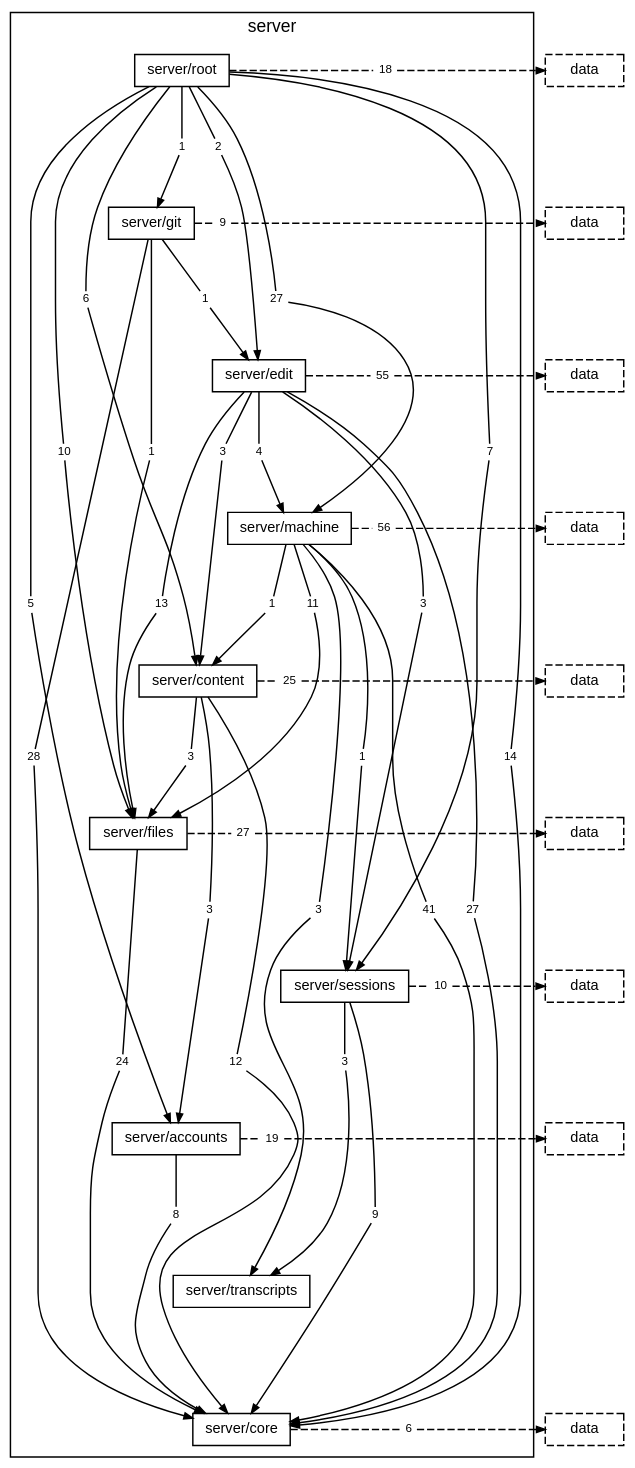
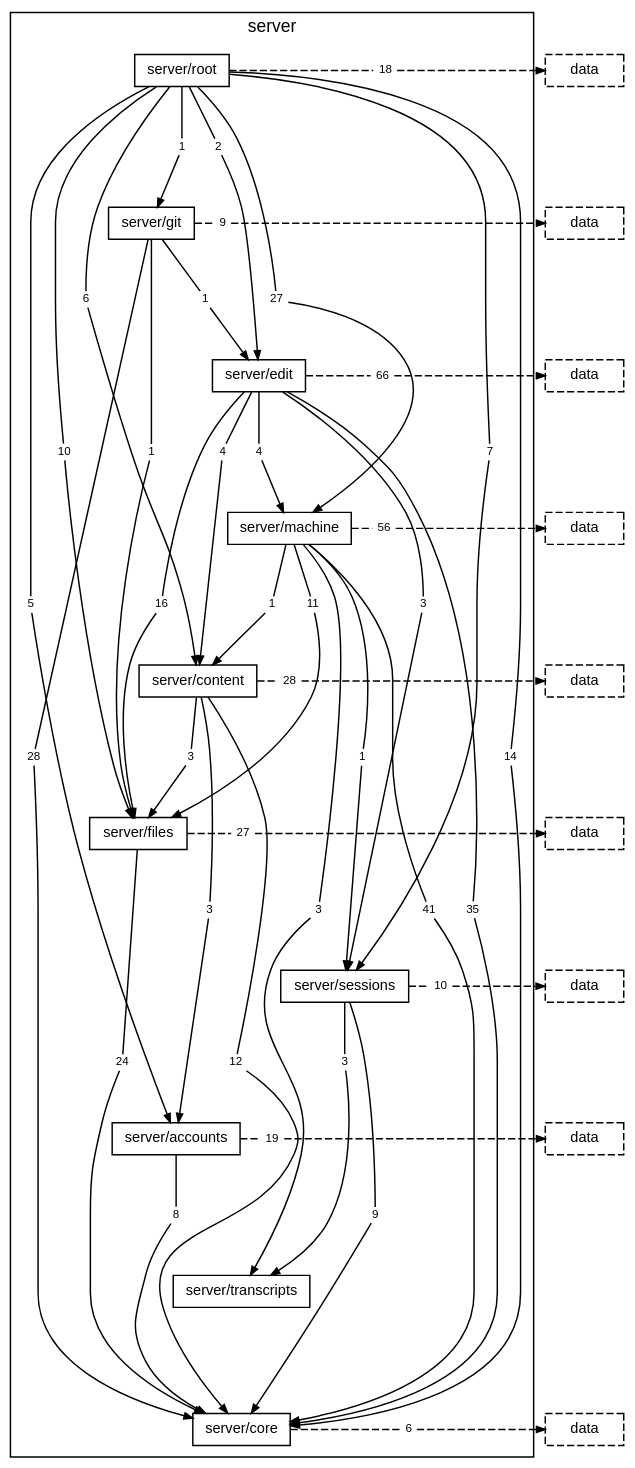
One commit to TheAxeC/oculus changed the diagram in docs/diagrams/layer-server.dot. Above: the diagram before and after it, drawn with Graphviz. The commit also changed 113 other files, not shown here.

```diff
--- a/docs/diagrams/layer-server.dot
+++ b/docs/diagrams/layer-server.dot
@@ -27,12 +27,12 @@
         "folder server/git to folder server/edit" [label="1", shape=box, color="transparent", fontsize=8, width=0, height=0, margin="0.04,0.02"];
         "folder server/git to folder server/files" [label="1", shape=box, color="transparent", fontsize=8, width=0, height=0, margin="0.04,0.02"];
         "folder server/git to layer data" [label="9", shape=box, color="transparent", fontsize=8, width=0, height=0, margin="0.04,0.02"];
-        "folder server/edit to folder server/content" [label="3", shape=box, color="transparent", fontsize=8, width=0, height=0, margin="0.04,0.02"];
-        "folder server/edit to folder server/core" [label="27", shape=box, color="transparent", fontsize=8, width=0, height=0, margin="0.04,0.02"];
-        "folder server/edit to folder server/files" [label="13", shape=box, color="transparent", fontsize=8, width=0, height=0, margin="0.04,0.02"];
+        "folder server/edit to folder server/content" [label="4", shape=box, color="transparent", fontsize=8, width=0, height=0, margin="0.04,0.02"];
+        "folder server/edit to folder server/core" [label="35", shape=box, color="transparent", fontsize=8, width=0, height=0, margin="0.04,0.02"];
+        "folder server/edit to folder server/files" [label="16", shape=box, color="transparent", fontsize=8, width=0, height=0, margin="0.04,0.02"];
         "folder server/edit to folder server/machine" [label="4", shape=box, color="transparent", fontsize=8, width=0, height=0, margin="0.04,0.02"];
         "folder server/edit to folder server/sessions" [label="3", shape=box, color="transparent", fontsize=8, width=0, height=0, margin="0.04,0.02"];
-        "folder server/edit to layer data" [label="55", shape=box, color="transparent", fontsize=8, width=0, height=0, margin="0.04,0.02"];
+        "folder server/edit to layer data" [label="66", shape=box, color="transparent", fontsize=8, width=0, height=0, margin="0.04,0.02"];
         "folder server/machine to folder server/content" [label="1", shape=box, color="transparent", fontsize=8, width=0, height=0, margin="0.04,0.02"];
         "folder server/machine to folder server/core" [label="41", shape=box, color="transparent", fontsize=8, width=0, height=0, margin="0.04,0.02"];
         "folder server/machine to folder server/files" [label="11", shape=box, color="transparent", fontsize=8, width=0, height=0, margin="0.04,0.02"];
@@ -42,7 +42,7 @@
         "folder server/content to folder server/accounts" [label="3", shape=box, color="transparent", fontsize=8, width=0, height=0, margin="0.04,0.02"];
         "folder server/content to folder server/core" [label="12", shape=box, color="transparent", fontsize=8, width=0, height=0, margin="0.04,0.02"];
         "folder server/content to folder server/files" [label="3", shape=box, color="transparent", fontsize=8, width=0, height=0, margin="0.04,0.02"];
-        "folder server/content to layer data" [label="25", shape=box, color="transparent", fontsize=8, width=0, height=0, margin="0.04,0.02"];
+        "folder server/content to layer data" [label="28", shape=box, color="transparent", fontsize=8, width=0, height=0, margin="0.04,0.02"];
         "folder server/files to folder server/core" [label="24", shape=box, color="transparent", fontsize=8, width=0, height=0, margin="0.04,0.02"];
         "folder server/files to layer data" [label="27", shape=box, color="transparent", fontsize=8, width=0, height=0, margin="0.04,0.02"];
         "folder server/sessions to folder server/core" [label="9", shape=box, color="transparent", fontsize=8, width=0, height=0, margin="0.04,0.02"];
```
